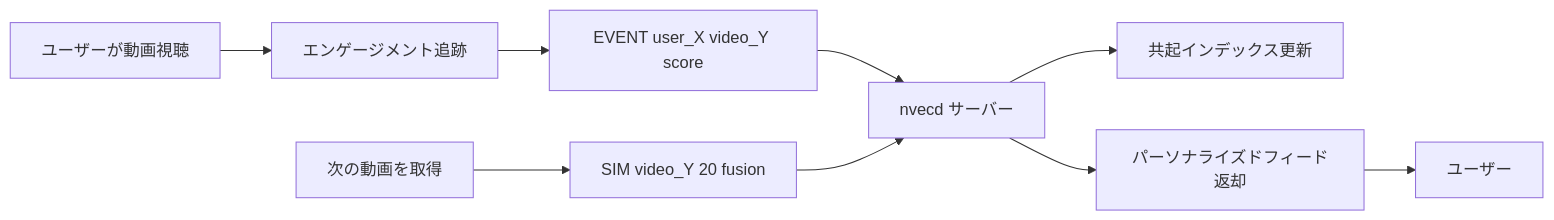
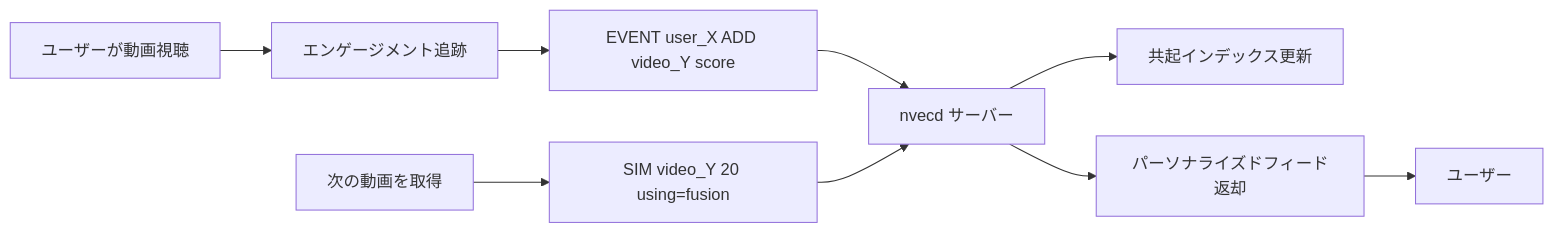
Before and after one commit to libraz/nvecd: the fourth of 5 diagrams in docs/ja/use-cases.md, drawn with Mermaid. The commit also changed other lines of this file and 50 other files, not shown here.

````diff
--- a/docs/ja/use-cases.md
+++ b/docs/ja/use-cases.md
@@ -335,12 +335,12 @@
 ```mermaid
 graph LR
     A[ユーザーが動画視聴] --> B[エンゲージメント追跡]
-    B --> C[EVENT user_X video_Y score]
+    B --> C[EVENT user_X ADD video_Y score]
     C --> D[nvecd サーバー]
     D --> E[共起インデックス更新]
 
-    F[次の動画を取得] --> G[SIM video_Y 20 fusion]
+    F[次の動画を取得] --> G[SIM video_Y 20 using=fusion]
     G --> D
     D --> H[パーソナライズドフィード返却]
     H --> I[ユーザー]
 ```
````
